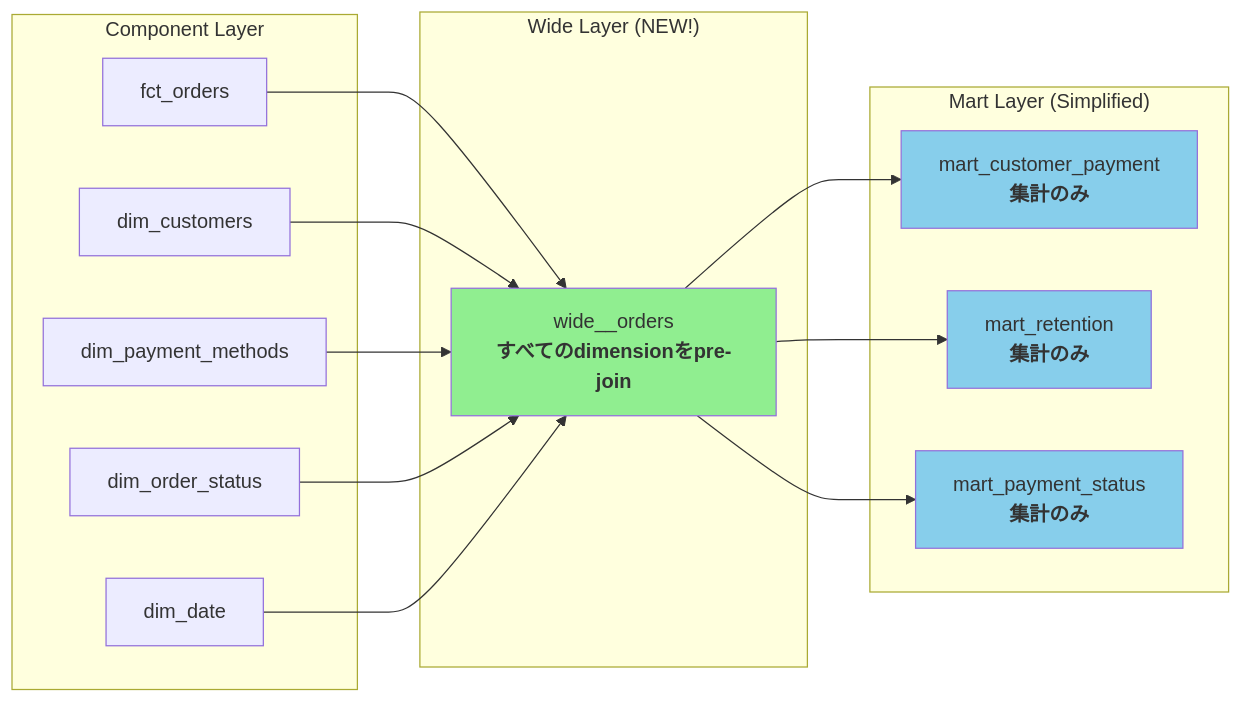
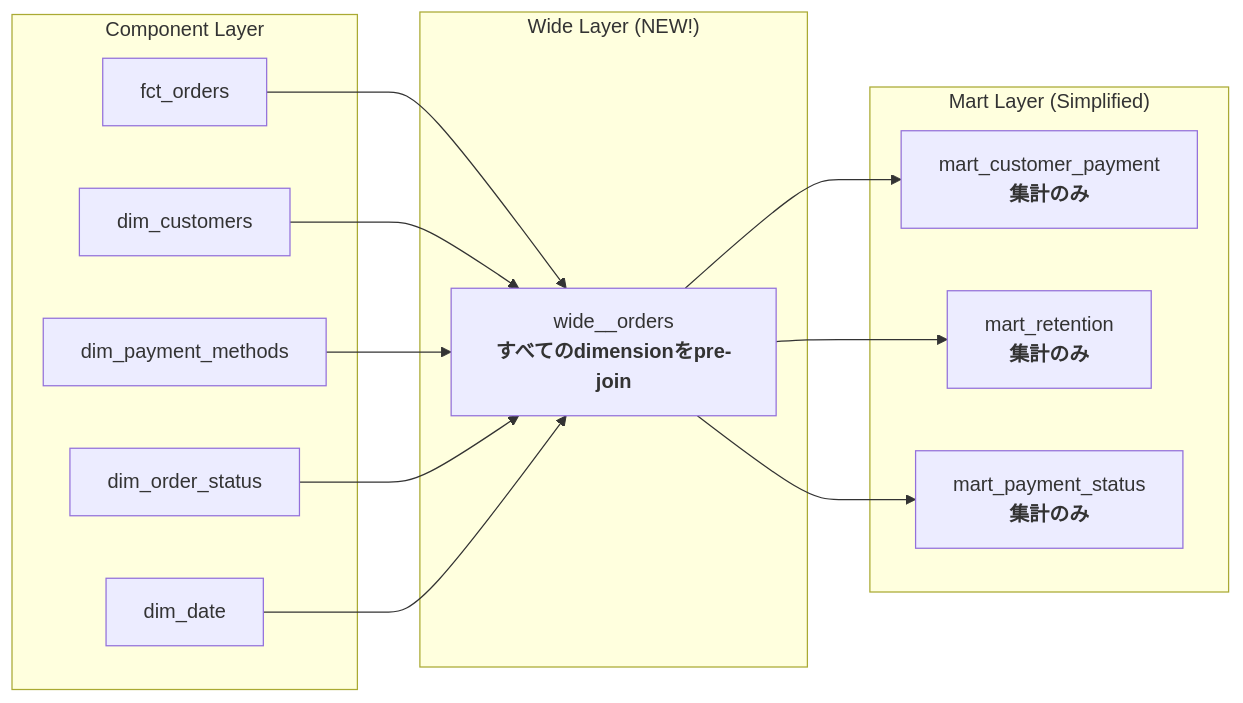
Before and after one commit to 1210yuichi0/1210yuichi0.github.io: the second of 2 diagrams in content/Tech/dbt/tutorials/tutorial-04-join-fragmentation.md, drawn with Mermaid. The commit also changed other lines of this file and 22 other files, not shown here.

First line of the commit message:
style: remove Mermaid style directives for dark mode compatibility

````diff
--- a/content/Tech/dbt/tutorials/tutorial-04-join-fragmentation.md
+++ b/content/Tech/dbt/tutorials/tutorial-04-join-fragmentation.md
@@ -537,35 +533,31 @@
 ```mermaid
 graph LR
     subgraph "Component Layer"
         FCT[fct_orders]
         DC[dim_customers]
         DPM[dim_payment_methods]
         DOS[dim_order_status]
         DD[dim_date]
     end
 
     subgraph "Wide Layer (NEW!)"
         WIDE[wide__orders<br/><b>すべてのdimensionをpre-join</b>]
     end
 
     subgraph "Mart Layer (Simplified)"
         M1[mart_customer_payment<br/><b>集計のみ</b>]
         M2[mart_retention<br/><b>集計のみ</b>]
         M3[mart_payment_status<br/><b>集計のみ</b>]
     end
 
     FCT --> WIDE
     DC --> WIDE
     DPM --> WIDE
     DOS --> WIDE
     DD --> WIDE
 
     WIDE --> M1
     WIDE --> M2
     WIDE --> M3
 
-    style WIDE fill:#90EE90
-    style M1 fill:#87CEEB
-    style M2 fill:#87CEEB
-    style M3 fill:#87CEEB
 ```
````
